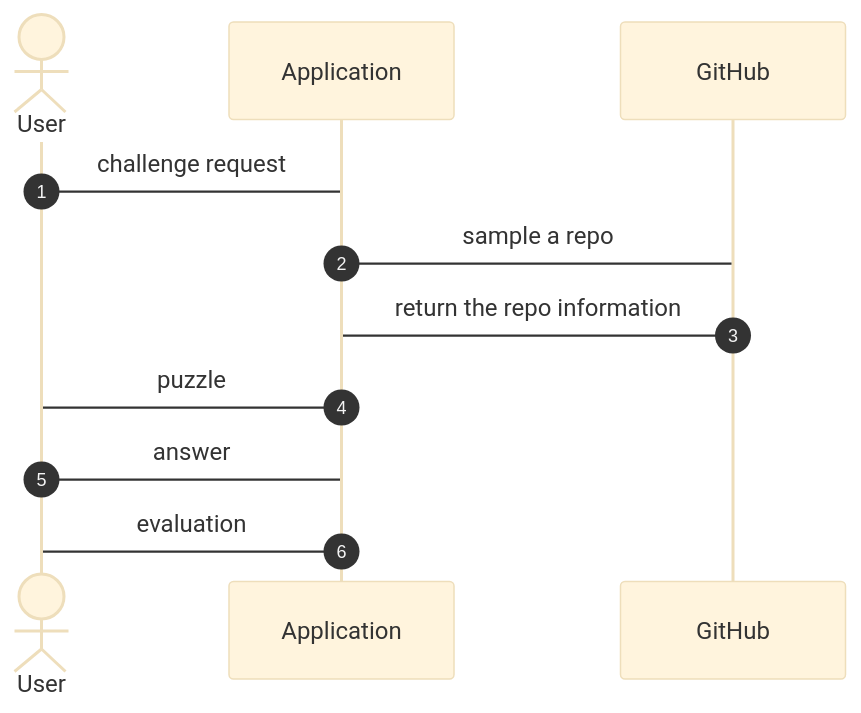
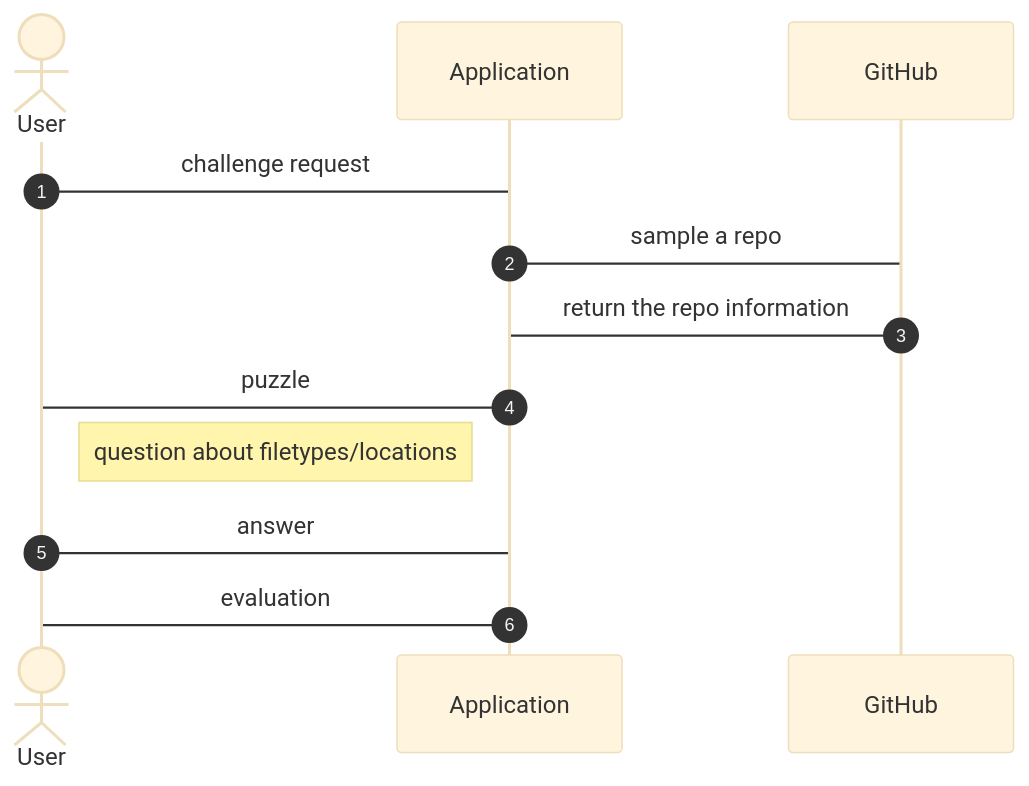
One commit to maciejskorski/software_engineering changed the diagram in docs/uml_modelling.md. Above: the diagram before and after it, drawn with Mermaid (base theme).

````diff
--- a/docs/uml_modelling.md
+++ b/docs/uml_modelling.md
@@ -28,15 +28,16 @@
 ```mermaid
 sequenceDiagram
     autonumber
 
     actor user as User
     participant app as Application
     participant github as GitHub
 
     user -> app: challenge request
     app -> github: sample a repo
     github -> app: return the repo information
     app -> user: puzzle
+    note left of app: question about filetypes/locations
     user -> app: answer
     app -> user: evaluation
 ```
````
